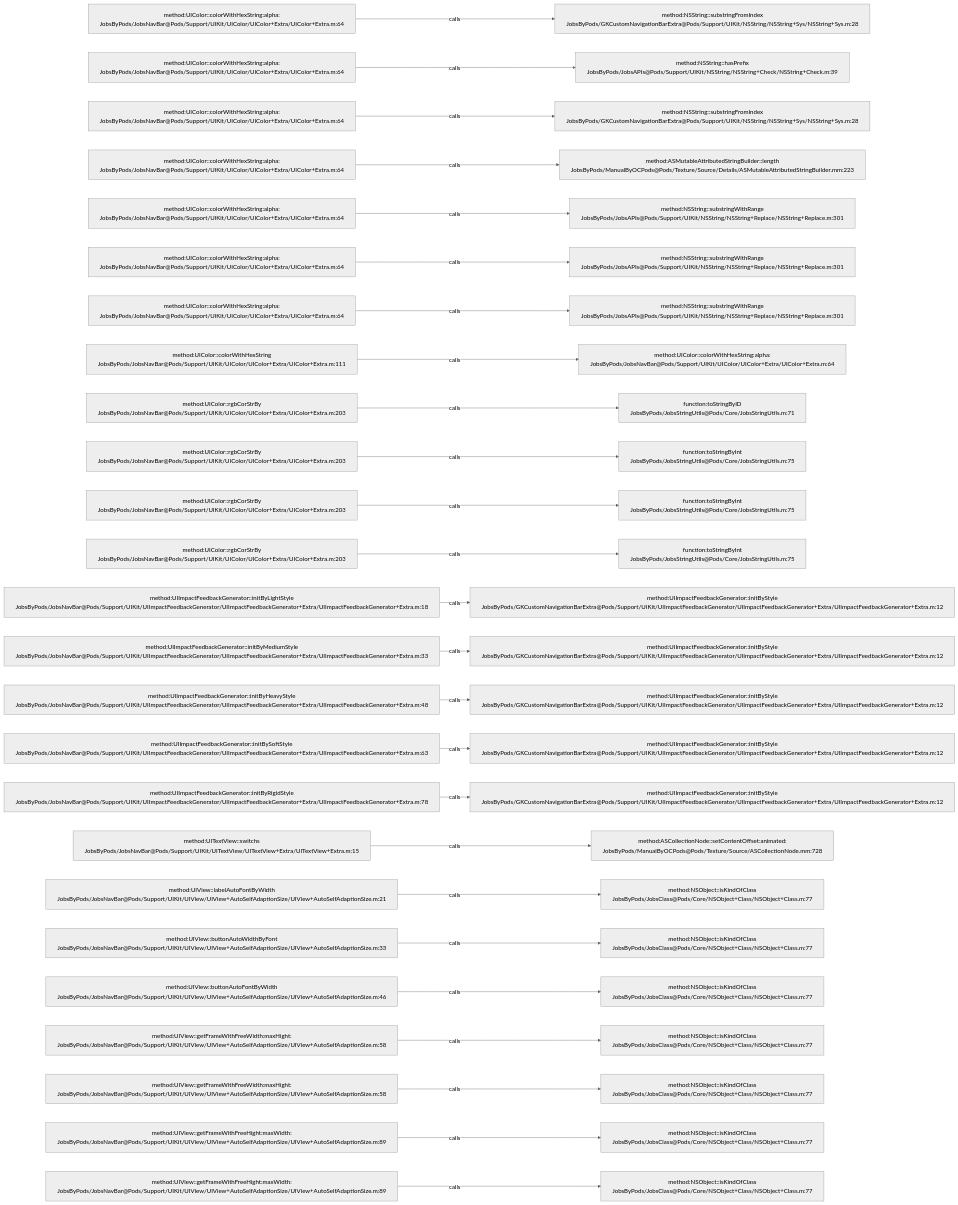
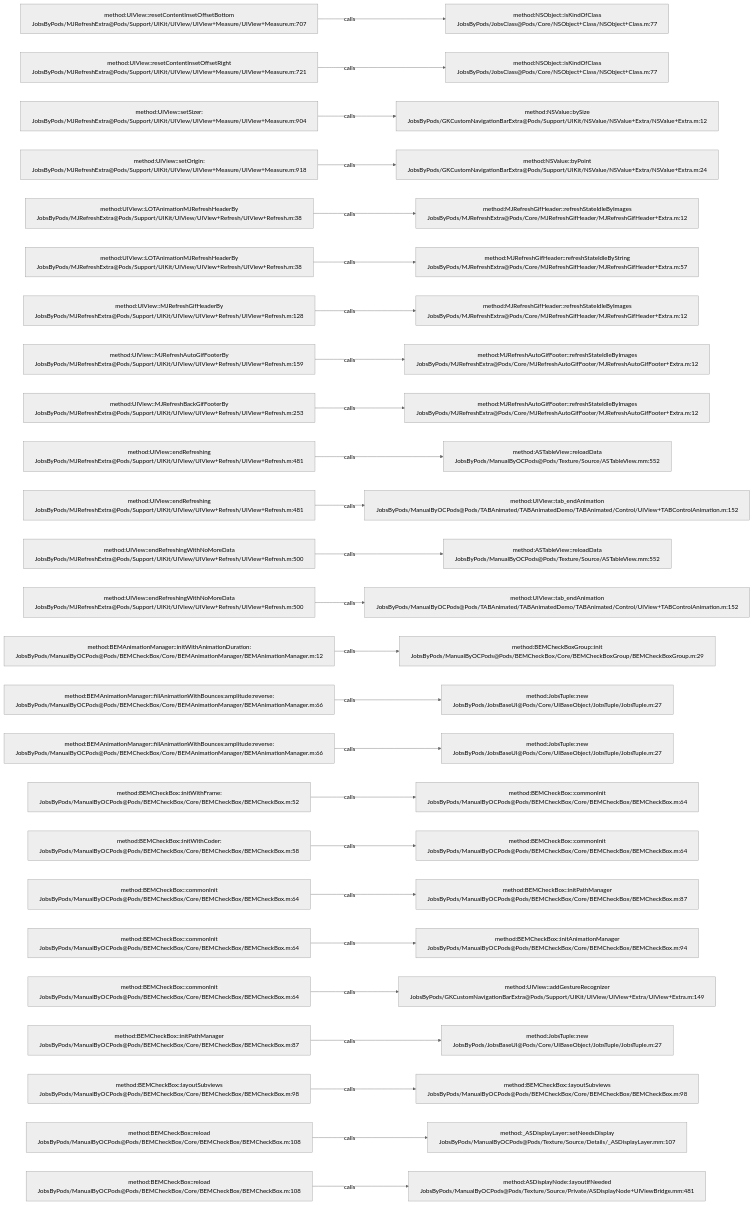
The diagram in .codegraph/codegraph.md/graphs/calls-118.md (JobsKits/JobsOCBaseConfigDemo), drawn with Mermaid (neutral theme) before and after one commit. The commit also changed 573 other files, not shown here.

````diff
--- a/.codegraph/codegraph.md/graphs/calls-118.md
+++ b/.codegraph/codegraph.md/graphs/calls-118.md
@@ -13,78 +13,78 @@
 ```mermaid
 flowchart LR
-  S1["method:UIColor::colorWithHexString:alpha:<br/>JobsByPods/JobsNavBar@Pods/Support/UIKit/UIColor/UIColor+Extra/UIColor+Extra.m:64"]
-  T1["method:NSString::substringFromIndex<br/>JobsByPods/GKCustomNavigationBarExtra@Pods/Support/UIKit/NSString/NSString+Sys/NSString+Sys.m:28"]
+  S1["method:UIView::resetContentInsetOffsetBottom<br/>JobsByPods/MJRefreshExtra@Pods/Support/UIKit/UIView/UIView+Measure/UIView+Measure.m:707"]
+  T1["method:NSObject::isKindOfClass<br/>JobsByPods/JobsClass@Pods/Core/NSObject+Class/NSObject+Class.m:77"]
   S1 -->|calls| T1
-  S2["method:UIColor::colorWithHexString:alpha:<br/>JobsByPods/JobsNavBar@Pods/Support/UIKit/UIColor/UIColor+Extra/UIColor+Extra.m:64"]
-  T2["method:NSString::hasPrefix<br/>JobsByPods/JobsAPIs@Pods/Support/UIKit/NSString/NSString+Check/NSString+Check.m:39"]
+  S2["method:UIView::resetContentInsetOffsetRight<br/>JobsByPods/MJRefreshExtra@Pods/Support/UIKit/UIView/UIView+Measure/UIView+Measure.m:721"]
+  T2["method:NSObject::isKindOfClass<br/>JobsByPods/JobsClass@Pods/Core/NSObject+Class/NSObject+Class.m:77"]
   S2 -->|calls| T2
-  S3["method:UIColor::colorWithHexString:alpha:<br/>JobsByPods/JobsNavBar@Pods/Support/UIKit/UIColor/UIColor+Extra/UIColor+Extra.m:64"]
-  T3["method:NSString::substringFromIndex<br/>JobsByPods/GKCustomNavigationBarExtra@Pods/Support/UIKit/NSString/NSString+Sys/NSString+Sys.m:28"]
+  S3["method:UIView::setSizer:<br/>JobsByPods/MJRefreshExtra@Pods/Support/UIKit/UIView/UIView+Measure/UIView+Measure.m:904"]
+  T3["method:NSValue::bySize<br/>JobsByPods/GKCustomNavigationBarExtra@Pods/Support/UIKit/NSValue/NSValue+Extra/NSValue+Extra.m:12"]
   S3 -->|calls| T3
-  S4["method:UIColor::colorWithHexString:alpha:<br/>JobsByPods/JobsNavBar@Pods/Support/UIKit/UIColor/UIColor+Extra/UIColor+Extra.m:64"]
-  T4["method:ASMutableAttributedStringBuilder::length<br/>JobsByPods/ManualByOCPods@Pods/Texture/Source/Details/ASMutableAttributedStringBuilder.mm:223"]
+  S4["method:UIView::setOrigin:<br/>JobsByPods/MJRefreshExtra@Pods/Support/UIKit/UIView/UIView+Measure/UIView+Measure.m:918"]
+  T4["method:NSValue::byPoint<br/>JobsByPods/GKCustomNavigationBarExtra@Pods/Support/UIKit/NSValue/NSValue+Extra/NSValue+Extra.m:24"]
   S4 -->|calls| T4
-  S5["method:UIColor::colorWithHexString:alpha:<br/>JobsByPods/JobsNavBar@Pods/Support/UIKit/UIColor/UIColor+Extra/UIColor+Extra.m:64"]
-  T5["method:NSString::substringWithRange<br/>JobsByPods/JobsAPIs@Pods/Support/UIKit/NSString/NSString+Replace/NSString+Replace.m:301"]
+  S5["method:UIView::LOTAnimationMJRefreshHeaderBy<br/>JobsByPods/MJRefreshExtra@Pods/Support/UIKit/UIView/UIView+Refresh/UIView+Refresh.m:38"]
+  T5["method:MJRefreshGifHeader::refreshStateIdleByImages<br/>JobsByPods/MJRefreshExtra@Pods/Core/MJRefreshGifHeader/MJRefreshGifHeader+Extra.m:12"]
   S5 -->|calls| T5
-  S6["method:UIColor::colorWithHexString:alpha:<br/>JobsByPods/JobsNavBar@Pods/Support/UIKit/UIColor/UIColor+Extra/UIColor+Extra.m:64"]
-  T6["method:NSString::substringWithRange<br/>JobsByPods/JobsAPIs@Pods/Support/UIKit/NSString/NSString+Replace/NSString+Replace.m:301"]
+  S6["method:UIView::LOTAnimationMJRefreshHeaderBy<br/>JobsByPods/MJRefreshExtra@Pods/Support/UIKit/UIView/UIView+Refresh/UIView+Refresh.m:38"]
+  T6["method:MJRefreshGifHeader::refreshStateIdleByString<br/>JobsByPods/MJRefreshExtra@Pods/Core/MJRefreshGifHeader/MJRefreshGifHeader+Extra.m:57"]
   S6 -->|calls| T6
-  S7["method:UIColor::colorWithHexString:alpha:<br/>JobsByPods/JobsNavBar@Pods/Support/UIKit/UIColor/UIColor+Extra/UIColor+Extra.m:64"]
-  T7["method:NSString::substringWithRange<br/>JobsByPods/JobsAPIs@Pods/Support/UIKit/NSString/NSString+Replace/NSString+Replace.m:301"]
+  S7["method:UIView::MJRefreshGifHeaderBy<br/>JobsByPods/MJRefreshExtra@Pods/Support/UIKit/UIView/UIView+Refresh/UIView+Refresh.m:128"]
+  T7["method:MJRefreshGifHeader::refreshStateIdleByImages<br/>JobsByPods/MJRefreshExtra@Pods/Core/MJRefreshGifHeader/MJRefreshGifHeader+Extra.m:12"]
   S7 -->|calls| T7
-  S8["method:UIColor::colorWithHexString<br/>JobsByPods/JobsNavBar@Pods/Support/UIKit/UIColor/UIColor+Extra/UIColor+Extra.m:111"]
-  T8["method:UIColor::colorWithHexString:alpha:<br/>JobsByPods/JobsNavBar@Pods/Support/UIKit/UIColor/UIColor+Extra/UIColor+Extra.m:64"]
+  S8["method:UIView::MJRefreshAutoGifFooterBy<br/>JobsByPods/MJRefreshExtra@Pods/Support/UIKit/UIView/UIView+Refresh/UIView+Refresh.m:159"]
+  T8["method:MJRefreshAutoGifFooter::refreshStateIdleByImages<br/>JobsByPods/MJRefreshExtra@Pods/Core/MJRefreshAutoGifFooter/MJRefreshAutoGifFooter+Extra.m:12"]
   S8 -->|calls| T8
-  S9["method:UIColor::rgbCorStrBy<br/>JobsByPods/JobsNavBar@Pods/Support/UIKit/UIColor/UIColor+Extra/UIColor+Extra.m:203"]
-  T9["function:toStringByID<br/>JobsByPods/JobsStringUtils@Pods/Core/JobsStringUtils.m:71"]
+  S9["method:UIView::MJRefreshBackGifFooterBy<br/>JobsByPods/MJRefreshExtra@Pods/Support/UIKit/UIView/UIView+Refresh/UIView+Refresh.m:253"]
+  T9["method:MJRefreshAutoGifFooter::refreshStateIdleByImages<br/>JobsByPods/MJRefreshExtra@Pods/Core/MJRefreshAutoGifFooter/MJRefreshAutoGifFooter+Extra.m:12"]
   S9 -->|calls| T9
-  S10["method:UIColor::rgbCorStrBy<br/>JobsByPods/JobsNavBar@Pods/Support/UIKit/UIColor/UIColor+Extra/UIColor+Extra.m:203"]
-  T10["function:toStringByInt<br/>JobsByPods/JobsStringUtils@Pods/Core/JobsStringUtils.m:75"]
+  S10["method:UIView::endRefreshing<br/>JobsByPods/MJRefreshExtra@Pods/Support/UIKit/UIView/UIView+Refresh/UIView+Refresh.m:481"]
+  T10["method:ASTableView::reloadData<br/>JobsByPods/ManualByOCPods@Pods/Texture/Source/ASTableView.mm:552"]
   S10 -->|calls| T10
-  S11["method:UIColor::rgbCorStrBy<br/>JobsByPods/JobsNavBar@Pods/Support/UIKit/UIColor/UIColor+Extra/UIColor+Extra.m:203"]
-  T11["function:toStringByInt<br/>JobsByPods/JobsStringUtils@Pods/Core/JobsStringUtils.m:75"]
+  S11["method:UIView::endRefreshing<br/>JobsByPods/MJRefreshExtra@Pods/Support/UIKit/UIView/UIView+Refresh/UIView+Refresh.m:481"]
+  T11["method:UIView::tab_endAnimation<br/>JobsByPods/ManualByOCPods@Pods/TABAnimated/TABAnimatedDemo/TABAnimated/Control/UIView+TABControlAnimation.m:152"]
   S11 -->|calls| T11
-  S12["method:UIColor::rgbCorStrBy<br/>JobsByPods/JobsNavBar@Pods/Support/UIKit/UIColor/UIColor+Extra/UIColor+Extra.m:203"]
-  T12["function:toStringByInt<br/>JobsByPods/JobsStringUtils@Pods/Core/JobsStringUtils.m:75"]
+  S12["method:UIView::endRefreshingWithNoMoreData<br/>JobsByPods/MJRefreshExtra@Pods/Support/UIKit/UIView/UIView+Refresh/UIView+Refresh.m:500"]
+  T12["method:ASTableView::reloadData<br/>JobsByPods/ManualByOCPods@Pods/Texture/Source/ASTableView.mm:552"]
   S12 -->|calls| T12
-  S13["method:UIImpactFeedbackGenerator::initByLightStyle<br/>JobsByPods/JobsNavBar@Pods/Support/UIKit/UIImpactFeedbackGenerator/UIImpactFeedbackGenerator+Extra/UIImpactFeedbackGenerator+Extra.m:18"]
-  T13["method:UIImpactFeedbackGenerator::initByStyle<br/>JobsByPods/GKCustomNavigationBarExtra@Pods/Support/UIKit/UIImpactFeedbackGenerator/UIImpactFeedbackGenerator+Extra/UIImpactFeedbackGenerator+Extra.m:12"]
+  S13["method:UIView::endRefreshingWithNoMoreData<br/>JobsByPods/MJRefreshExtra@Pods/Support/UIKit/UIView/UIView+Refresh/UIView+Refresh.m:500"]
+  T13["method:UIView::tab_endAnimation<br/>JobsByPods/ManualByOCPods@Pods/TABAnimated/TABAnimatedDemo/TABAnimated/Control/UIView+TABControlAnimation.m:152"]
   S13 -->|calls| T13
-  S14["method:UIImpactFeedbackGenerator::initByMediumStyle<br/>JobsByPods/JobsNavBar@Pods/Support/UIKit/UIImpactFeedbackGenerator/UIImpactFeedbackGenerator+Extra/UIImpactFeedbackGenerator+Extra.m:33"]
-  T14["method:UIImpactFeedbackGenerator::initByStyle<br/>JobsByPods/GKCustomNavigationBarExtra@Pods/Support/UIKit/UIImpactFeedbackGenerator/UIImpactFeedbackGenerator+Extra/UIImpactFeedbackGenerator+Extra.m:12"]
+  S14["method:BEMAnimationManager::initWithAnimationDuration:<br/>JobsByPods/ManualByOCPods@Pods/BEMCheckBox/Core/BEMAnimationManager/BEMAnimationManager.m:12"]
+  T14["method:BEMCheckBoxGroup::init<br/>JobsByPods/ManualByOCPods@Pods/BEMCheckBox/Core/BEMCheckBoxGroup/BEMCheckBoxGroup.m:29"]
   S14 -->|calls| T14
-  S15["method:UIImpactFeedbackGenerator::initByHeavyStyle<br/>JobsByPods/JobsNavBar@Pods/Support/UIKit/UIImpactFeedbackGenerator/UIImpactFeedbackGenerator+Extra/UIImpactFeedbackGenerator+Extra.m:48"]
-  T15["method:UIImpactFeedbackGenerator::initByStyle<br/>JobsByPods/GKCustomNavigationBarExtra@Pods/Support/UIKit/UIImpactFeedbackGenerator/UIImpactFeedbackGenerator+Extra/UIImpactFeedbackGenerator+Extra.m:12"]
+  S15["method:BEMAnimationManager::fillAnimationWithBounces:amplitude:reverse:<br/>JobsByPods/ManualByOCPods@Pods/BEMCheckBox/Core/BEMAnimationManager/BEMAnimationManager.m:66"]
+  T15["method:JobsTuple::new<br/>JobsByPods/JobsBaseUI@Pods/Core/UIBaseObject/JobsTuple/JobsTuple.m:27"]
   S15 -->|calls| T15
-  S16["method:UIImpactFeedbackGenerator::initBySoftStyle<br/>JobsByPods/JobsNavBar@Pods/Support/UIKit/UIImpactFeedbackGenerator/UIImpactFeedbackGenerator+Extra/UIImpactFeedbackGenerator+Extra.m:63"]
-  T16["method:UIImpactFeedbackGenerator::initByStyle<br/>JobsByPods/GKCustomNavigationBarExtra@Pods/Support/UIKit/UIImpactFeedbackGenerator/UIImpactFeedbackGenerator+Extra/UIImpactFeedbackGenerator+Extra.m:12"]
+  S16["method:BEMAnimationManager::fillAnimationWithBounces:amplitude:reverse:<br/>JobsByPods/ManualByOCPods@Pods/BEMCheckBox/Core/BEMAnimationManager/BEMAnimationManager.m:66"]
+  T16["method:JobsTuple::new<br/>JobsByPods/JobsBaseUI@Pods/Core/UIBaseObject/JobsTuple/JobsTuple.m:27"]
   S16 -->|calls| T16
-  S17["method:UIImpactFeedbackGenerator::initByRigidStyle<br/>JobsByPods/JobsNavBar@Pods/Support/UIKit/UIImpactFeedbackGenerator/UIImpactFeedbackGenerator+Extra/UIImpactFeedbackGenerator+Extra.m:78"]
-  T17["method:UIImpactFeedbackGenerator::initByStyle<br/>JobsByPods/GKCustomNavigationBarExtra@Pods/Support/UIKit/UIImpactFeedbackGenerator/UIImpactFeedbackGenerator+Extra/UIImpactFeedbackGenerator+Extra.m:12"]
+  S17["method:BEMCheckBox::initWithFrame:<br/>JobsByPods/ManualByOCPods@Pods/BEMCheckBox/Core/BEMCheckBox/BEMCheckBox.m:52"]
+  T17["method:BEMCheckBox::commonInit<br/>JobsByPods/ManualByOCPods@Pods/BEMCheckBox/Core/BEMCheckBox/BEMCheckBox.m:64"]
   S17 -->|calls| T17
-  S18["method:UITextView::switchs<br/>JobsByPods/JobsNavBar@Pods/Support/UIKit/UITextView/UITextView+Extra/UITextView+Extra.m:15"]
-  T18["method:ASCollectionNode::setContentOffset:animated:<br/>JobsByPods/ManualByOCPods@Pods/Texture/Source/ASCollectionNode.mm:728"]
+  S18["method:BEMCheckBox::initWithCoder:<br/>JobsByPods/ManualByOCPods@Pods/BEMCheckBox/Core/BEMCheckBox/BEMCheckBox.m:58"]
+  T18["method:BEMCheckBox::commonInit<br/>JobsByPods/ManualByOCPods@Pods/BEMCheckBox/Core/BEMCheckBox/BEMCheckBox.m:64"]
   S18 -->|calls| T18
-  S19["method:UIView::labelAutoFontByWidth<br/>JobsByPods/JobsNavBar@Pods/Support/UIKit/UIView/UIView+AutoSelfAdaptionSize/UIView+AutoSelfAdaptionSize.m:21"]
-  T19["method:NSObject::isKindOfClass<br/>JobsByPods/JobsClass@Pods/Core/NSObject+Class/NSObject+Class.m:77"]
+  S19["method:BEMCheckBox::commonInit<br/>JobsByPods/ManualByOCPods@Pods/BEMCheckBox/Core/BEMCheckBox/BEMCheckBox.m:64"]
+  T19["method:BEMCheckBox::initPathManager<br/>JobsByPods/ManualByOCPods@Pods/BEMCheckBox/Core/BEMCheckBox/BEMCheckBox.m:87"]
   S19 -->|calls| T19
-  S20["method:UIView::buttonAutoWidthByFont<br/>JobsByPods/JobsNavBar@Pods/Support/UIKit/UIView/UIView+AutoSelfAdaptionSize/UIView+AutoSelfAdaptionSize.m:33"]
-  T20["method:NSObject::isKindOfClass<br/>JobsByPods/JobsClass@Pods/Core/NSObject+Class/NSObject+Class.m:77"]
+  S20["method:BEMCheckBox::commonInit<br/>JobsByPods/ManualByOCPods@Pods/BEMCheckBox/Core/BEMCheckBox/BEMCheckBox.m:64"]
+  T20["method:BEMCheckBox::initAnimationManager<br/>JobsByPods/ManualByOCPods@Pods/BEMCheckBox/Core/BEMCheckBox/BEMCheckBox.m:94"]
   S20 -->|calls| T20
-  S21["method:UIView::buttonAutoFontByWidth<br/>JobsByPods/JobsNavBar@Pods/Support/UIKit/UIView/UIView+AutoSelfAdaptionSize/UIView+AutoSelfAdaptionSize.m:46"]
-  T21["method:NSObject::isKindOfClass<br/>JobsByPods/JobsClass@Pods/Core/NSObject+Class/NSObject+Class.m:77"]
+  S21["method:BEMCheckBox::commonInit<br/>JobsByPods/ManualByOCPods@Pods/BEMCheckBox/Core/BEMCheckBox/BEMCheckBox.m:64"]
+  T21["method:UIView::addGestureRecognizer<br/>JobsByPods/GKCustomNavigationBarExtra@Pods/Support/UIKit/UIView/UIView+Extra/UIView+Extra.m:149"]
   S21 -->|calls| T21
-  S22["method:UIView::getFrameWithFreeWidth:maxHight:<br/>JobsByPods/JobsNavBar@Pods/Support/UIKit/UIView/UIView+AutoSelfAdaptionSize/UIView+AutoSelfAdaptionSize.m:58"]
-  T22["method:NSObject::isKindOfClass<br/>JobsByPods/JobsClass@Pods/Core/NSObject+Class/NSObject+Class.m:77"]
+  S22["method:BEMCheckBox::initPathManager<br/>JobsByPods/ManualByOCPods@Pods/BEMCheckBox/Core/BEMCheckBox/BEMCheckBox.m:87"]
+  T22["method:JobsTuple::new<br/>JobsByPods/JobsBaseUI@Pods/Core/UIBaseObject/JobsTuple/JobsTuple.m:27"]
   S22 -->|calls| T22
-  S23["method:UIView::getFrameWithFreeWidth:maxHight:<br/>JobsByPods/JobsNavBar@Pods/Support/UIKit/UIView/UIView+AutoSelfAdaptionSize/UIView+AutoSelfAdaptionSize.m:58"]
-  T23["method:NSObject::isKindOfClass<br/>JobsByPods/JobsClass@Pods/Core/NSObject+Class/NSObject+Class.m:77"]
+  S23["method:BEMCheckBox::layoutSubviews<br/>JobsByPods/ManualByOCPods@Pods/BEMCheckBox/Core/BEMCheckBox/BEMCheckBox.m:98"]
+  T23["method:BEMCheckBox::layoutSubviews<br/>JobsByPods/ManualByOCPods@Pods/BEMCheckBox/Core/BEMCheckBox/BEMCheckBox.m:98"]
   S23 -->|calls| T23
-  S24["method:UIView::getFrameWithFreeHight:maxWidth:<br/>JobsByPods/JobsNavBar@Pods/Support/UIKit/UIView/UIView+AutoSelfAdaptionSize/UIView+AutoSelfAdaptionSize.m:89"]
-  T24["method:NSObject::isKindOfClass<br/>JobsByPods/JobsClass@Pods/Core/NSObject+Class/NSObject+Class.m:77"]
+  S24["method:BEMCheckBox::reload<br/>JobsByPods/ManualByOCPods@Pods/BEMCheckBox/Core/BEMCheckBox/BEMCheckBox.m:108"]
+  T24["method:_ASDisplayLayer::setNeedsDisplay<br/>JobsByPods/ManualByOCPods@Pods/Texture/Source/Details/_ASDisplayLayer.mm:107"]
   S24 -->|calls| T24
-  S25["method:UIView::getFrameWithFreeHight:maxWidth:<br/>JobsByPods/JobsNavBar@Pods/Support/UIKit/UIView/UIView+AutoSelfAdaptionSize/UIView+AutoSelfAdaptionSize.m:89"]
-  T25["method:NSObject::isKindOfClass<br/>JobsByPods/JobsClass@Pods/Core/NSObject+Class/NSObject+Class.m:77"]
+  S25["method:BEMCheckBox::reload<br/>JobsByPods/ManualByOCPods@Pods/BEMCheckBox/Core/BEMCheckBox/BEMCheckBox.m:108"]
+  T25["method:ASDisplayNode::layoutIfNeeded<br/>JobsByPods/ManualByOCPods@Pods/Texture/Source/Private/ASDisplayNode+UIViewBridge.mm:481"]
   S25 -->|calls| T25
 ```
````
